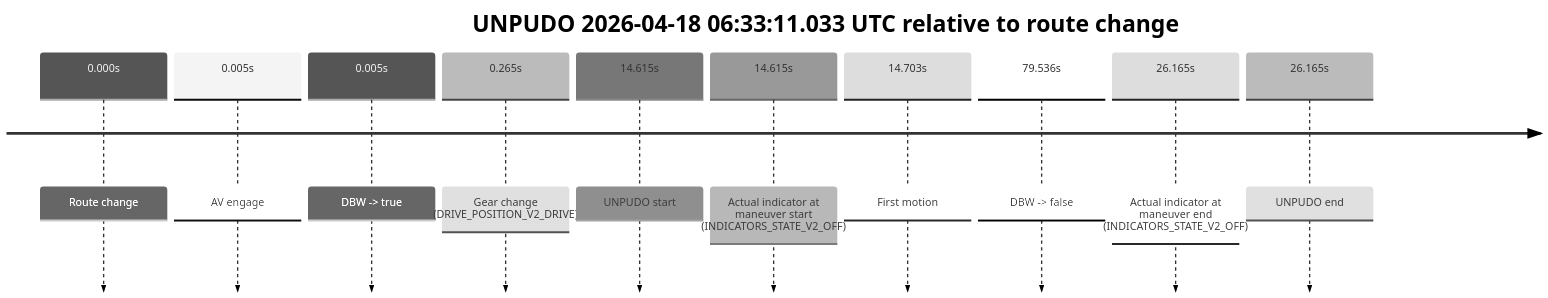
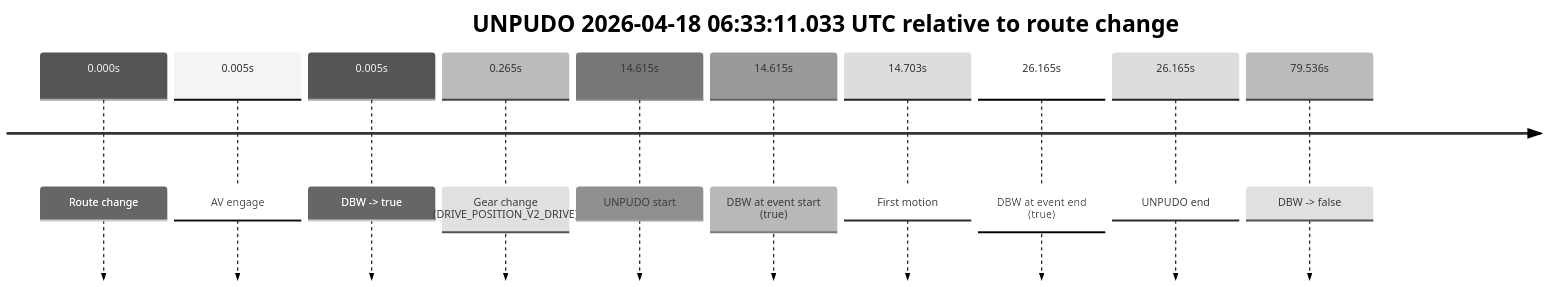
Before and after one commit to yoelshapiro/vault: the first of 4 diagrams in model_analysis/report_cards/2026/04/Week-3/fme20002--2026-04-18--06-12-58--gen2-av-544d6e06-4dbe-4b79-aa52-f5b26234d08f.md, drawn with Mermaid (neutral theme). The commit also changed other lines of this file and 85 other files, not shown here.

````diff
--- a/model_analysis/report_cards/2026/04/Week-3/fme20002--2026-04-18--06-12-58--gen2-av-544d6e06-4dbe-4b79-aa52-f5b26234d08f.md
+++ b/model_analysis/report_cards/2026/04/Week-3/fme20002--2026-04-18--06-12-58--gen2-av-544d6e06-4dbe-4b79-aa52-f5b26234d08f.md
@@ -43,14 +43,14 @@
 ```mermaid
 timeline
     title UNPUDO 2026-04-18 06:33:11.033 UTC relative to route change
     0.000s : Route change
     0.005s : AV engage
     0.005s : DBW -> true
     0.265s : Gear change (DRIVE_POSITION_V2_DRIVE)
     14.615s : UNPUDO start
-    14.615s : Actual indicator at maneuver start (INDICATORS_STATE_V2_OFF)
+    14.615s : DBW at event start (true)
     14.703s : First motion
+    26.165s : DBW at event end (true)
+    26.165s : UNPUDO end
     79.536s : DBW -> false
-    26.165s : Actual indicator at maneuver end (INDICATORS_STATE_V2_OFF)
-    26.165s : UNPUDO end
 ```
````
